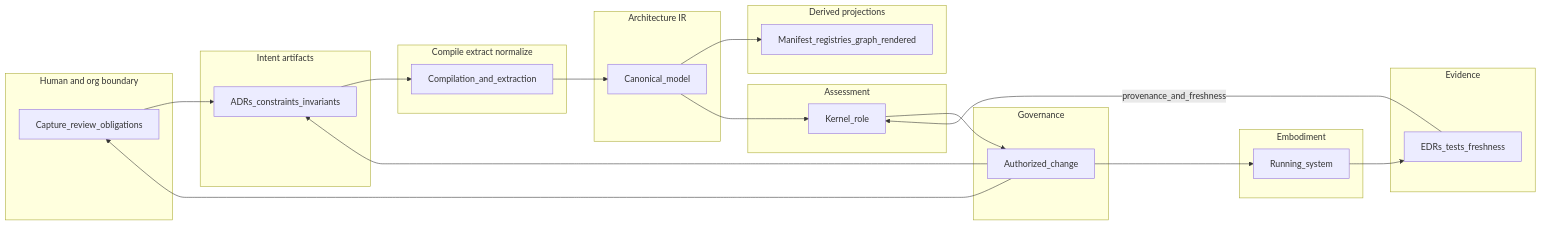
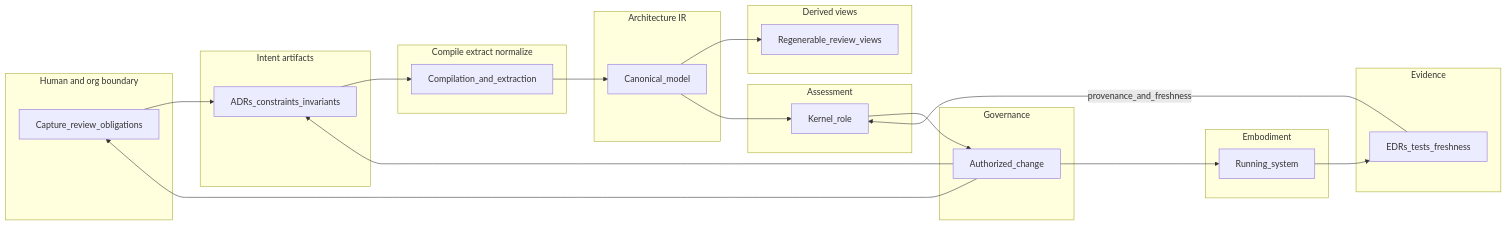
The second of 2 diagrams in 02-overview/02-03-system-overview.md (egallmann/ste-handbook), drawn with Mermaid before and after one commit. The commit also changed other lines of this file and 35 other files, not shown here.

````diff
--- a/02-overview/02-03-system-overview.md
+++ b/02-overview/02-03-system-overview.md
@@ -84,41 +118,41 @@
 ```mermaid
 flowchart LR
   subgraph humanBoundary ["Human and org boundary"]
     H[Capture_review_obligations]
   end
   subgraph intentPlane ["Intent artifacts"]
     A[ADRs_constraints_invariants]
   end
   subgraph pipeline ["Compile extract normalize"]
     X[Compilation_and_extraction]
   end
   subgraph canonical ["Architecture IR"]
     B[Canonical_model]
   end
-  subgraph views ["Derived projections"]
-    C[Manifest_registries_graph_rendered]
+  subgraph views ["Derived views"]
+    C[Regenerable_review_views]
   end
   subgraph built ["Embodiment"]
     D[Running_system]
   end
   subgraph proof ["Evidence"]
     E[EDRs_tests_freshness]
   end
   subgraph assess ["Assessment"]
     F[Kernel_role]
   end
   subgraph gov ["Governance"]
     G[Authorized_change]
   end
   H --> A
   A --> X
   X --> B
   B --> C
   B --> F
   D --> E
   E -->|"provenance_and_freshness"| F
   F --> G
   G --> H
   G --> A
   G --> D
 ```
````
